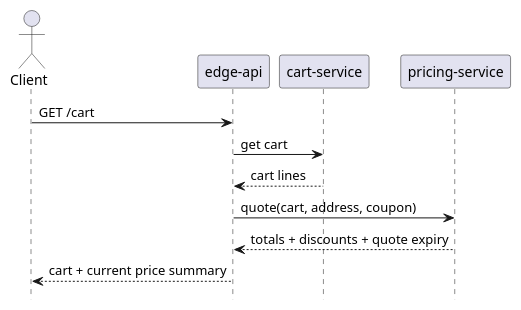
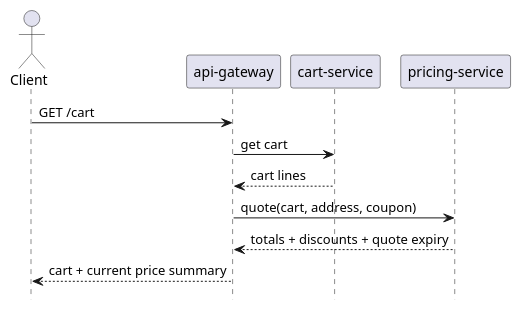
One commit to LenaNeshcheret/on-shop changed the diagram in docs/architecture/flow-cart-pricing-current-pricing.puml. Above: the diagram before and after it, drawn with PlantUML. The commit also changed 65 other files, not shown here.

Commit message:
refactor: rename edge-api to api-gateway and app modules to impl

```diff
--- a/docs/architecture/flow-cart-pricing-current-pricing.puml
+++ b/docs/architecture/flow-cart-pricing-current-pricing.puml
@@ -1,14 +1,14 @@
 @startuml
 hide footbox
 actor Client
-participant "edge-api" as Edge
+participant "api-gateway" as Edge
 participant "cart-service" as Cart
 participant "pricing-service" as Pricing
 
 Client -> Edge: GET /cart
 Edge -> Cart: get cart
 Cart --> Edge: cart lines
 Edge -> Pricing: quote(cart, address, coupon)
 Pricing --> Edge: totals + discounts + quote expiry
 Edge --> Client: cart + current price summary
 @enduml
```
